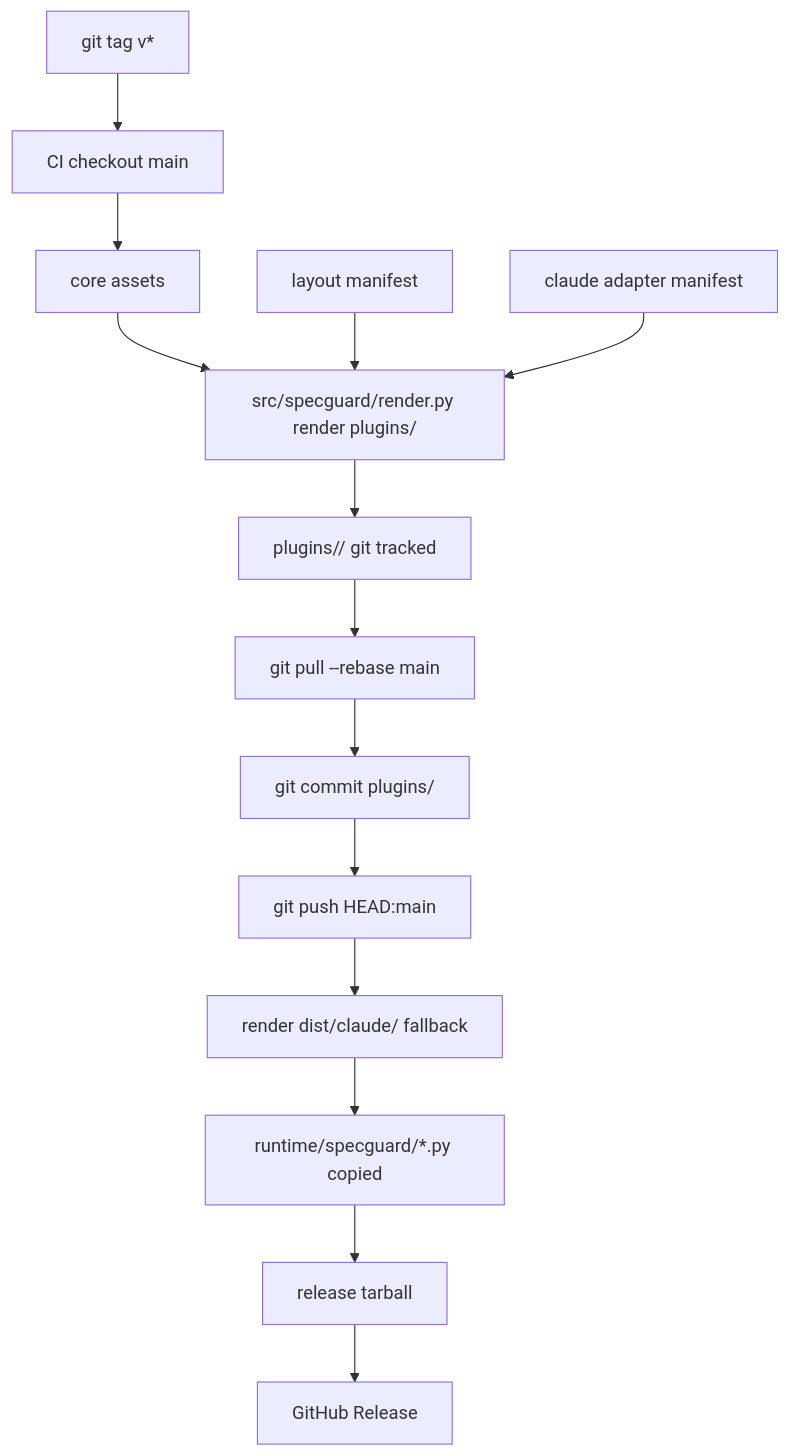
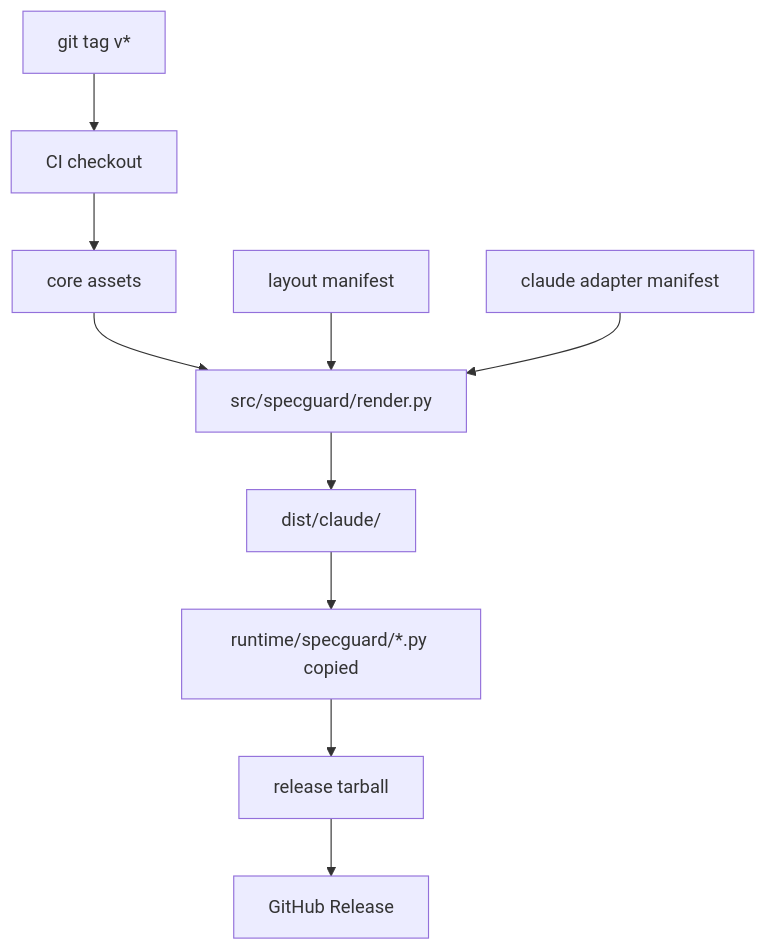
Before and after one commit to saberhaha/specguard: the first of 3 diagrams in docs/specguard/design.md, drawn with Mermaid. The commit also changed other lines of this file and 2 other files, not shown here.

````diff
--- a/docs/specguard/design.md
+++ b/docs/specguard/design.md
@@ -26,16 +26,12 @@
 ```mermaid
 flowchart TD
-  T[git tag v*] --> CI[CI checkout main]
+  T[git tag v*] --> CI[CI checkout]
   CI --> A[core assets]
-  A --> RP[src/specguard/render.py render plugins/<layout>]
+  A --> RP[src/specguard/render.py]
   L[layout manifest] --> RP
   C[claude adapter manifest] --> RP
-  RP --> PD[plugins/<layout>/ git tracked]
-  PD --> PR[git pull --rebase main]
-  PR --> PC[git commit plugins/]
-  PC --> PP[git push HEAD:main]
-  PP --> RD[render dist/claude/<layout> fallback]
+  RP --> RD[dist/claude/<layout>]
   RD --> M[runtime/specguard/*.py copied]
   M --> TB[release tarball]
   TB --> GR[GitHub Release]
 ```
````
